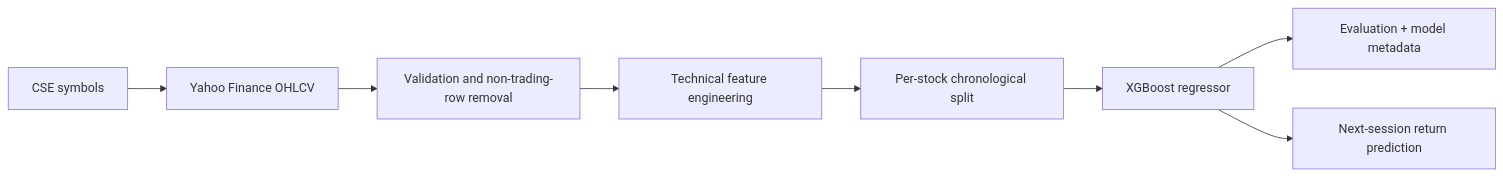
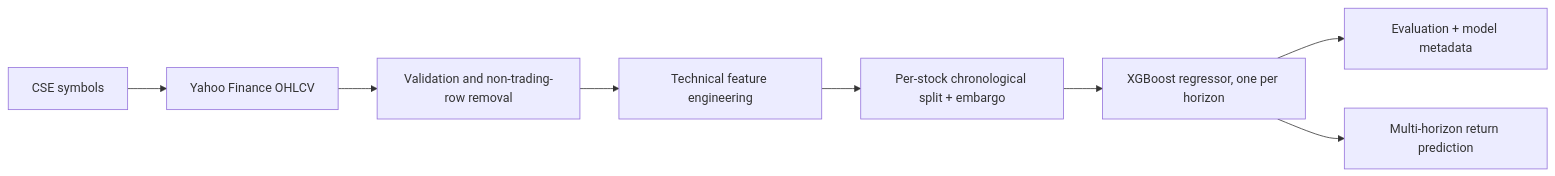
One commit to UmairStn/CSE-Cross-Stock-Trend-Analyzer changed the diagram in README.md. Above: the diagram before and after it, drawn with Mermaid. The commit also changed other lines of this file and 6 other files, not shown here.

Commit message:
feat: multi-horizon models (1/7/30 days) with label embargo

````diff
--- a/README.md
+++ b/README.md
@@ -33,10 +50,10 @@
 ```mermaid
 flowchart LR
     A[CSE symbols] --> B[Yahoo Finance OHLCV]
     B --> C[Validation and non-trading-row removal]
     C --> D[Technical feature engineering]
-    D --> E[Per-stock chronological split]
-    E --> F[XGBoost regressor]
+    D --> E[Per-stock chronological split + embargo]
+    E --> F[XGBoost regressor, one per horizon]
     F --> G[Evaluation + model metadata]
-    F --> H[Next-session return prediction]
+    F --> H[Multi-horizon return prediction]
 ```
````
